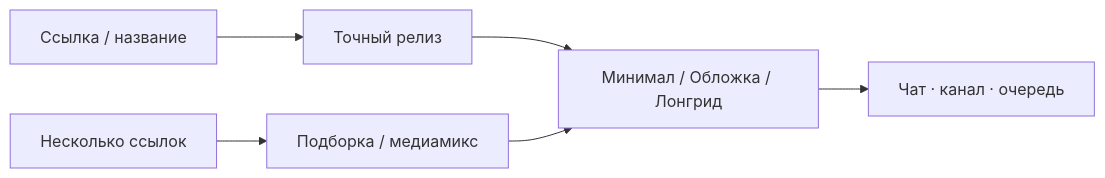
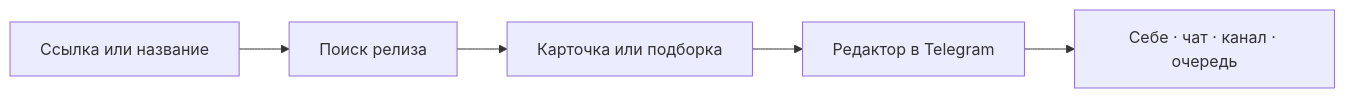
One commit to StonerHand/stonerhand-soundlinks-bot changed the diagram in README.ru.md. Above: the diagram before and after it, drawn with Mermaid. The commit also changed other lines of this file and 54 other files, not shown here.

````diff
--- a/README.ru.md
+++ b/README.ru.md
@@ -56,8 +34,7 @@
 ```mermaid
 flowchart LR
-    A["Ссылка / название"] --> B["Точный релиз"]
-    A2["Несколько ссылок"] --> C["Подборка / медиамикс"]
-    B --> D["Минимал / Обложка / Лонгрид"]
-    C --> D
-    D --> E["Чат · канал · очередь"]
+    A["Ссылка или название"] --> B["Поиск релиза"]
+    B --> C["Карточка или подборка"]
+    C --> D["Редактор в Telegram"]
+    D --> E["Себе · чат · канал · очередь"]
 ```
````
